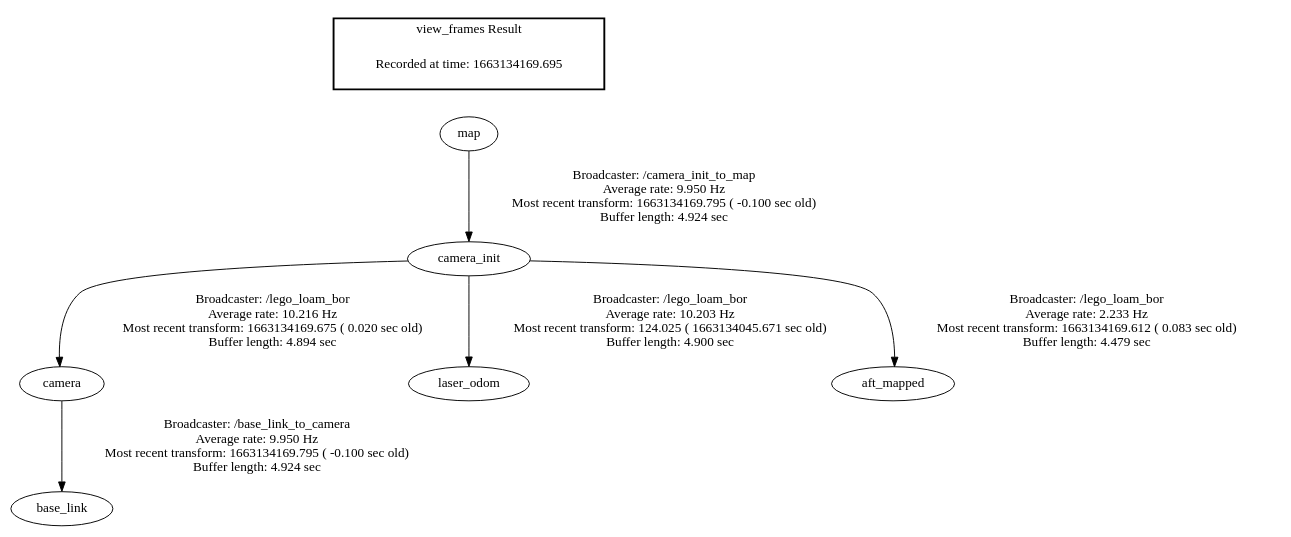
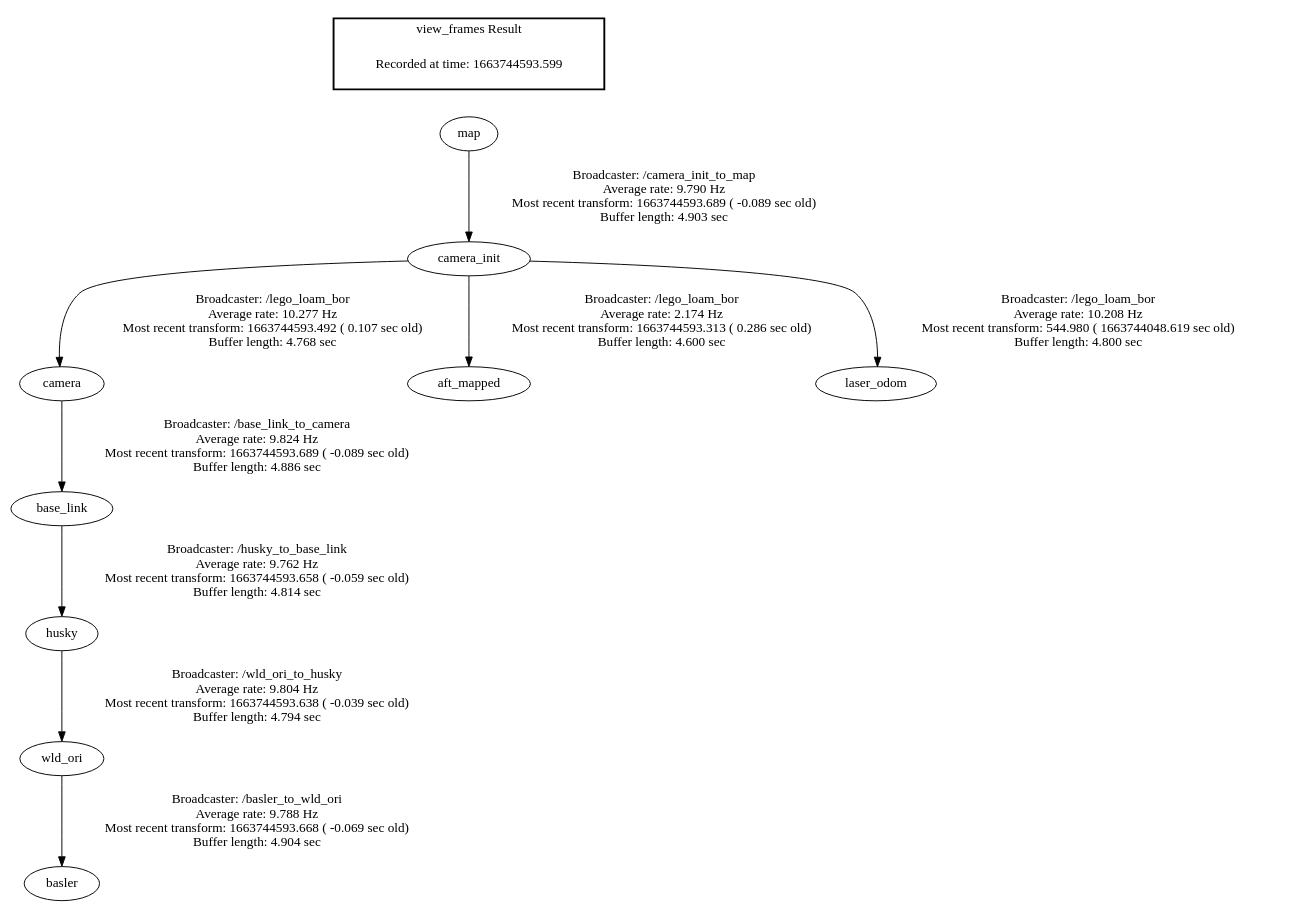
The diagram in catkin_ws/frames.gv (MURDriverless/mur2022_full_system), drawn with Graphviz before and after one commit. The commit also changed 1 other file, not shown here.

```diff
--- a/catkin_ws/frames.gv
+++ b/catkin_ws/frames.gv
@@ -1,11 +1,14 @@
 digraph G {
-"camera" -> "base_link"[label="Broadcaster: /base_link_to_camera\nAverage rate: 9.950 Hz\nMost recent transform: 1663134169.795 ( -0.100 sec old)\nBuffer length: 4.924 sec\n"];
-"camera_init" -> "camera"[label="Broadcaster: /lego_loam_bor\nAverage rate: 10.216 Hz\nMost recent transform: 1663134169.675 ( 0.020 sec old)\nBuffer length: 4.894 sec\n"];
-"map" -> "camera_init"[label="Broadcaster: /camera_init_to_map\nAverage rate: 9.950 Hz\nMost recent transform: 1663134169.795 ( -0.100 sec old)\nBuffer length: 4.924 sec\n"];
-"camera_init" -> "laser_odom"[label="Broadcaster: /lego_loam_bor\nAverage rate: 10.203 Hz\nMost recent transform: 124.025 ( 1663134045.671 sec old)\nBuffer length: 4.900 sec\n"];
-"camera_init" -> "aft_mapped"[label="Broadcaster: /lego_loam_bor\nAverage rate: 2.233 Hz\nMost recent transform: 1663134169.612 ( 0.083 sec old)\nBuffer length: 4.479 sec\n"];
+"wld_ori" -> "basler"[label="Broadcaster: /basler_to_wld_ori\nAverage rate: 9.788 Hz\nMost recent transform: 1663744593.668 ( -0.069 sec old)\nBuffer length: 4.904 sec\n"];
+"husky" -> "wld_ori"[label="Broadcaster: /wld_ori_to_husky\nAverage rate: 9.804 Hz\nMost recent transform: 1663744593.638 ( -0.039 sec old)\nBuffer length: 4.794 sec\n"];
+"map" -> "camera_init"[label="Broadcaster: /camera_init_to_map\nAverage rate: 9.790 Hz\nMost recent transform: 1663744593.689 ( -0.089 sec old)\nBuffer length: 4.903 sec\n"];
+"camera" -> "base_link"[label="Broadcaster: /base_link_to_camera\nAverage rate: 9.824 Hz\nMost recent transform: 1663744593.689 ( -0.089 sec old)\nBuffer length: 4.886 sec\n"];
+"camera_init" -> "camera"[label="Broadcaster: /lego_loam_bor\nAverage rate: 10.277 Hz\nMost recent transform: 1663744593.492 ( 0.107 sec old)\nBuffer length: 4.768 sec\n"];
+"camera_init" -> "aft_mapped"[label="Broadcaster: /lego_loam_bor\nAverage rate: 2.174 Hz\nMost recent transform: 1663744593.313 ( 0.286 sec old)\nBuffer length: 4.600 sec\n"];
+"camera_init" -> "laser_odom"[label="Broadcaster: /lego_loam_bor\nAverage rate: 10.208 Hz\nMost recent transform: 544.980 ( 1663744048.619 sec old)\nBuffer length: 4.800 sec\n"];
+"base_link" -> "husky"[label="Broadcaster: /husky_to_base_link\nAverage rate: 9.762 Hz\nMost recent transform: 1663744593.658 ( -0.059 sec old)\nBuffer length: 4.814 sec\n"];
 edge [style=invis];
  subgraph cluster_legend { style=bold; color=black; label ="view_frames Result";
-"Recorded at time: 1663134169.695"[ shape=plaintext ] ;
+"Recorded at time: 1663744593.599"[ shape=plaintext ] ;
  }->"map";
 }
```
